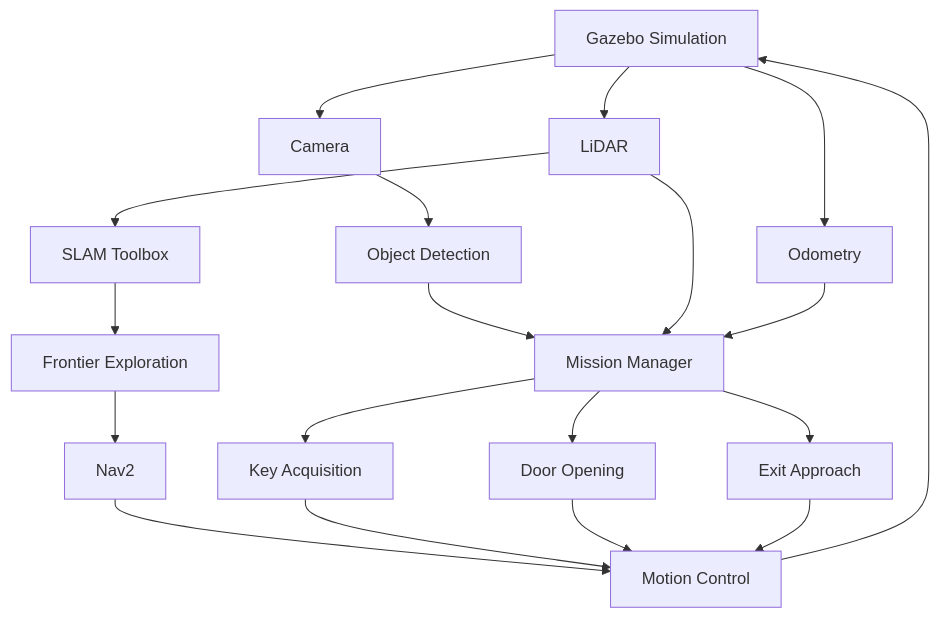
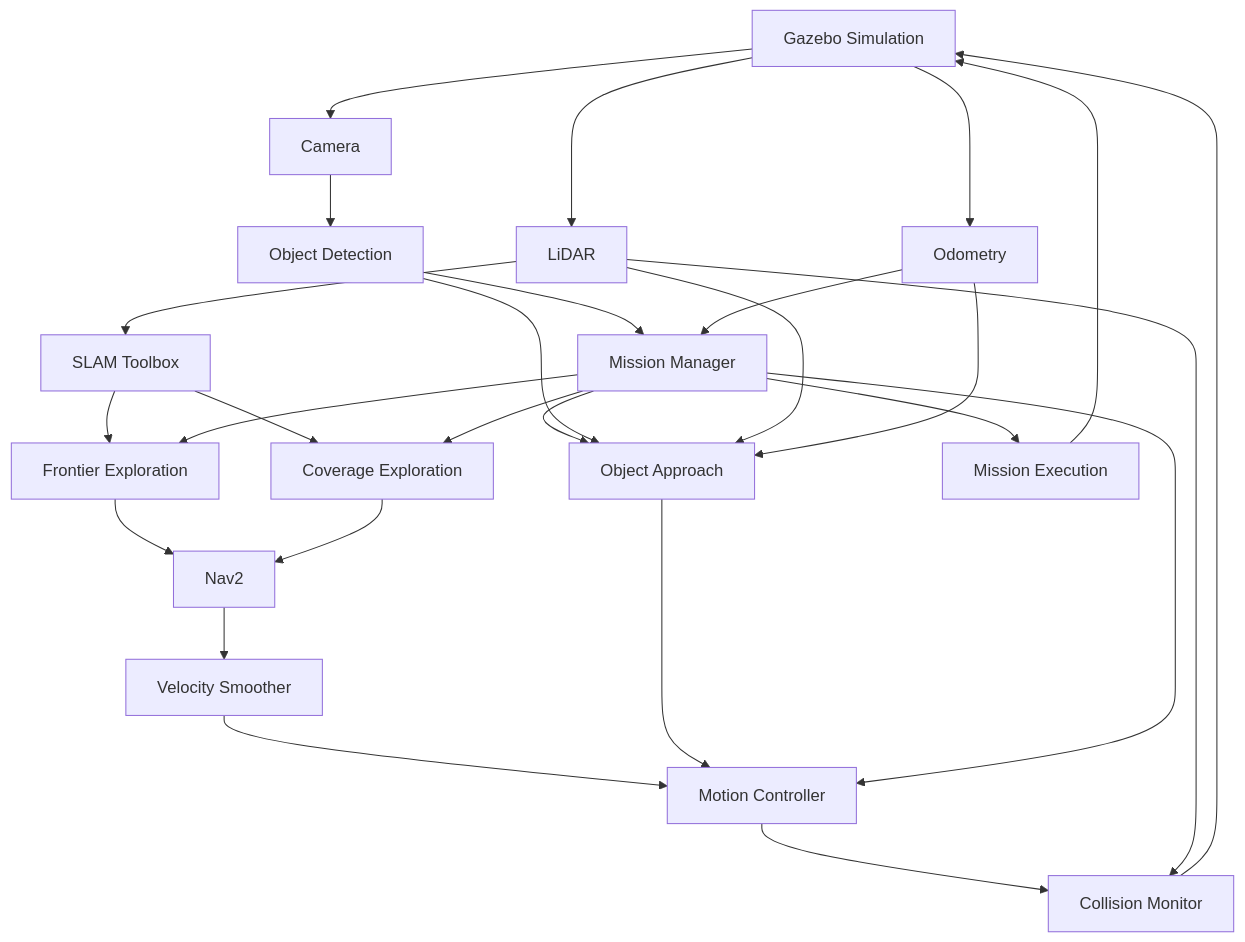
Before and after one commit to Kimjianz/autonomous-escape-room-robot: the diagram in README.md, drawn with Mermaid. The commit also changed other lines of this file, not shown here.

````diff
--- a/README.md
+++ b/README.md
@@ -91,26 +79,39 @@
 ```mermaid
 flowchart TD
     A[Gazebo Simulation] --> B[Camera]
     A --> C[LiDAR]
     A --> D[Odometry]
 
     B --> E[Object Detection]
     C --> F[SLAM Toolbox]
+
     F --> G[Frontier Exploration]
-    G --> H[Nav2]
+    F --> H[Coverage Exploration]
 
-    E --> I[Mission Manager]
-    C --> I
-    D --> I
+    G --> I[Nav2]
+    H --> I
 
-    I --> J[Key Acquisition]
-    I --> K[Door Opening]
-    I --> L[Exit Approach]
+    E --> J[Mission Manager]
+    D --> J
 
-    H --> M[Motion Control]
-    J --> M
-    K --> M
-    L --> M
+    J --> G
+    J --> H
+    J --> K[Object Approach]
+    J --> L[Mission Execution]
 
-    M --> A
+    E --> K
+    C --> K
+    D --> K
+
+    I --> M[Velocity Smoother]
+    M --> N[Motion Controller]
+    K --> N
+
+    J --> N
+
+    N --> O[Collision Monitor]
+    C --> O
+
+    O --> A
+    L --> A
 ```
````
